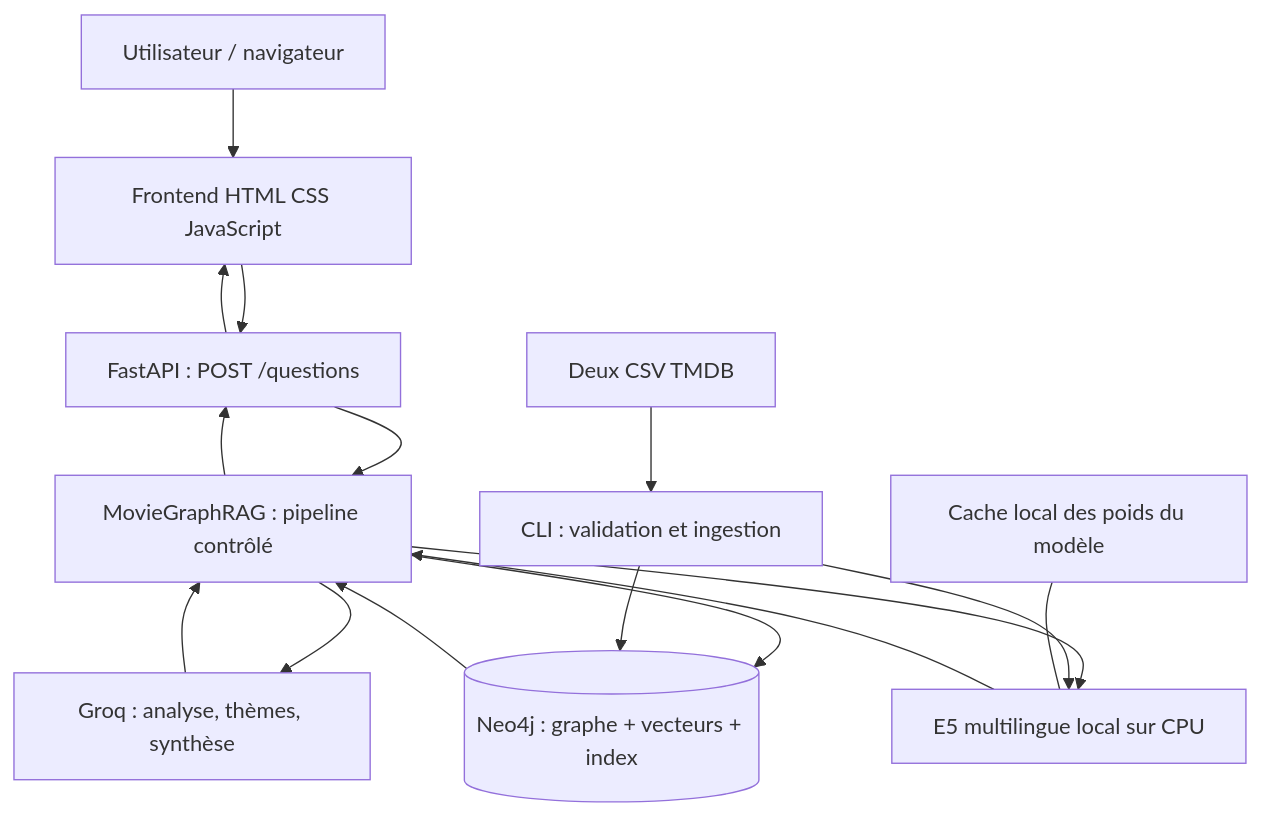
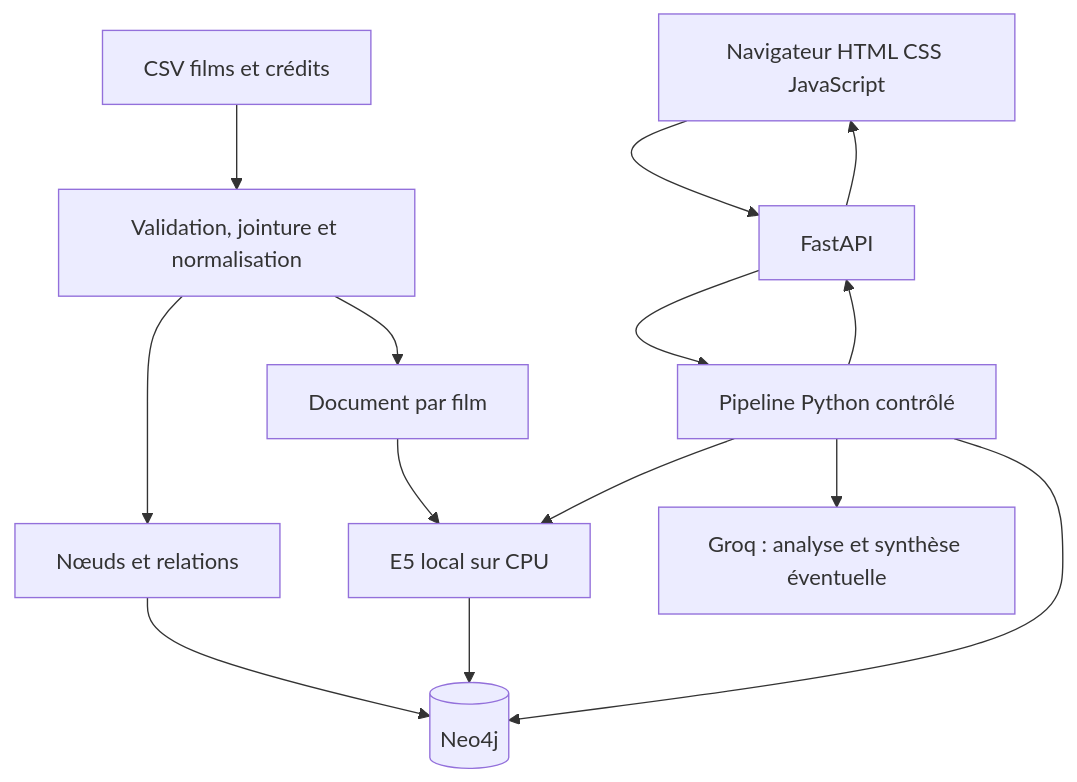
Before and after one commit to Styyde/Movie-GraphRag-: the first of 4 diagrams in docs/architecture_complete_soutenance.md, drawn with Mermaid. The commit also changed other lines of this file and 9 other files, not shown here.

Commit message:
updating frontend and architecture documentation

````diff
--- a/docs/architecture_complete_soutenance.md
+++ b/docs/architecture_complete_soutenance.md
@@ -32,19 +20,16 @@
-```mermaid
-flowchart TB
-    U["Utilisateur / navigateur"] --> WEB["Frontend HTML CSS JavaScript"]
-    WEB --> API["FastAPI : POST /questions"]
-    API --> ORCH["MovieGraphRAG : pipeline contrôlé"]
-    ORCH --> LLM["Groq : analyse, thèmes, synthèse"]
-    ORCH --> EMB["E5 multilingue local sur CPU"]
-    ORCH --> DB[("Neo4j : graphe + vecteurs + index")]
-    DB --> ORCH
-    EMB --> ORCH
-    LLM --> ORCH
+~~~mermaid
+flowchart TD
+    CSV["CSV films et crédits"] --> ING["Validation, jointure et normalisation"]
+    ING --> GRAPH["Nœuds et relations"]
+    ING --> DOC["Document par film"]
+    DOC --> E5["E5 local sur CPU"]
+    GRAPH --> DB[("Neo4j")]
+    E5 --> DB
+    USER["Navigateur HTML CSS JavaScript"] --> API["FastAPI"]
+    API --> ORCH["Pipeline Python contrôlé"]
+    ORCH --> GROQ["Groq : analyse et synthèse éventuelle"]
+    ORCH --> DB
+    ORCH --> E5
     ORCH --> API
-    API --> WEB
-
-    CSV["Deux CSV TMDB"] --> CLI["CLI : validation et ingestion"]
-    CLI --> DB
-    CLI --> EMB
-    CACHE["Cache local des poids du modèle"] --- EMB
-```
+    API --> USER
+~~~
````
